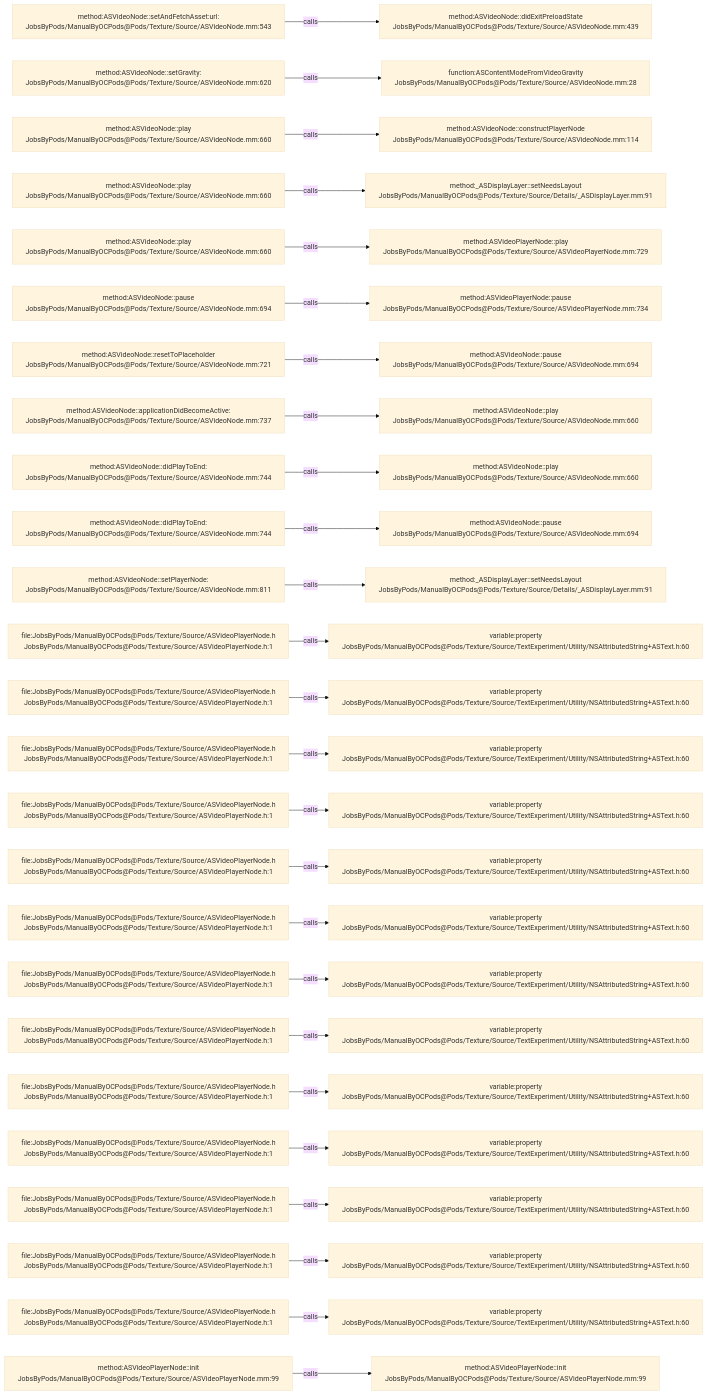
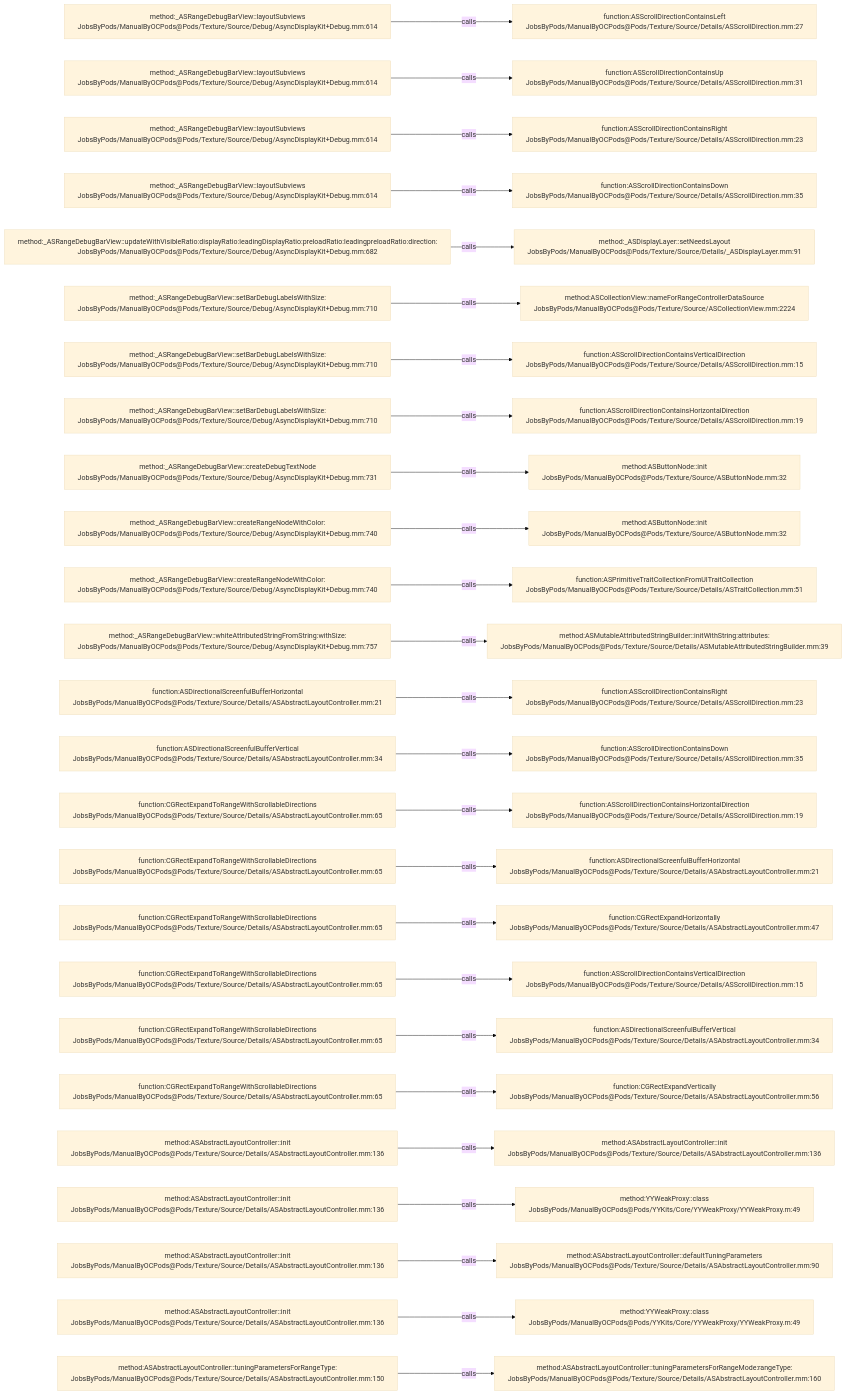
Before and after one commit to JobsKits/JobsOCBaseConfigDemo: the diagram in .codegraph/codegraph.md/graphs/calls-142.md, drawn with Mermaid (base theme). The commit also changed 1448 other files, not shown here.

````diff
--- a/.codegraph/codegraph.md/graphs/calls-142.md
+++ b/.codegraph/codegraph.md/graphs/calls-142.md
@@ -13,78 +13,78 @@
 ```mermaid
 flowchart LR
-  S1["method:ASVideoNode::setAndFetchAsset:url:<br/>JobsByPods/ManualByOCPods@Pods/Texture/Source/ASVideoNode.mm:543"]
-  T1["method:ASVideoNode::didExitPreloadState<br/>JobsByPods/ManualByOCPods@Pods/Texture/Source/ASVideoNode.mm:439"]
+  S1["method:_ASRangeDebugBarView::layoutSubviews<br/>JobsByPods/ManualByOCPods@Pods/Texture/Source/Debug/AsyncDisplayKit+Debug.mm:614"]
+  T1["function:ASScrollDirectionContainsLeft<br/>JobsByPods/ManualByOCPods@Pods/Texture/Source/Details/ASScrollDirection.mm:27"]
   S1 -->|calls| T1
-  S2["method:ASVideoNode::setGravity:<br/>JobsByPods/ManualByOCPods@Pods/Texture/Source/ASVideoNode.mm:620"]
-  T2["function:ASContentModeFromVideoGravity<br/>JobsByPods/ManualByOCPods@Pods/Texture/Source/ASVideoNode.mm:28"]
+  S2["method:_ASRangeDebugBarView::layoutSubviews<br/>JobsByPods/ManualByOCPods@Pods/Texture/Source/Debug/AsyncDisplayKit+Debug.mm:614"]
+  T2["function:ASScrollDirectionContainsUp<br/>JobsByPods/ManualByOCPods@Pods/Texture/Source/Details/ASScrollDirection.mm:31"]
   S2 -->|calls| T2
-  S3["method:ASVideoNode::play<br/>JobsByPods/ManualByOCPods@Pods/Texture/Source/ASVideoNode.mm:660"]
-  T3["method:ASVideoNode::constructPlayerNode<br/>JobsByPods/ManualByOCPods@Pods/Texture/Source/ASVideoNode.mm:114"]
+  S3["method:_ASRangeDebugBarView::layoutSubviews<br/>JobsByPods/ManualByOCPods@Pods/Texture/Source/Debug/AsyncDisplayKit+Debug.mm:614"]
+  T3["function:ASScrollDirectionContainsRight<br/>JobsByPods/ManualByOCPods@Pods/Texture/Source/Details/ASScrollDirection.mm:23"]
   S3 -->|calls| T3
-  S4["method:ASVideoNode::play<br/>JobsByPods/ManualByOCPods@Pods/Texture/Source/ASVideoNode.mm:660"]
-  T4["method:_ASDisplayLayer::setNeedsLayout<br/>JobsByPods/ManualByOCPods@Pods/Texture/Source/Details/_ASDisplayLayer.mm:91"]
+  S4["method:_ASRangeDebugBarView::layoutSubviews<br/>JobsByPods/ManualByOCPods@Pods/Texture/Source/Debug/AsyncDisplayKit+Debug.mm:614"]
+  T4["function:ASScrollDirectionContainsDown<br/>JobsByPods/ManualByOCPods@Pods/Texture/Source/Details/ASScrollDirection.mm:35"]
   S4 -->|calls| T4
-  S5["method:ASVideoNode::play<br/>JobsByPods/ManualByOCPods@Pods/Texture/Source/ASVideoNode.mm:660"]
-  T5["method:ASVideoPlayerNode::play<br/>JobsByPods/ManualByOCPods@Pods/Texture/Source/ASVideoPlayerNode.mm:729"]
+  S5["method:_ASRangeDebugBarView::updateWithVisibleRatio:displayRatio:leadingDisplayRatio:preloadRatio:leadingpreloadRatio:direction:<br/>JobsByPods/ManualByOCPods@Pods/Texture/Source/Debug/AsyncDisplayKit+Debug.mm:682"]
+  T5["method:_ASDisplayLayer::setNeedsLayout<br/>JobsByPods/ManualByOCPods@Pods/Texture/Source/Details/_ASDisplayLayer.mm:91"]
   S5 -->|calls| T5
-  S6["method:ASVideoNode::pause<br/>JobsByPods/ManualByOCPods@Pods/Texture/Source/ASVideoNode.mm:694"]
-  T6["method:ASVideoPlayerNode::pause<br/>JobsByPods/ManualByOCPods@Pods/Texture/Source/ASVideoPlayerNode.mm:734"]
+  S6["method:_ASRangeDebugBarView::setBarDebugLabelsWithSize:<br/>JobsByPods/ManualByOCPods@Pods/Texture/Source/Debug/AsyncDisplayKit+Debug.mm:710"]
+  T6["method:ASCollectionView::nameForRangeControllerDataSource<br/>JobsByPods/ManualByOCPods@Pods/Texture/Source/ASCollectionView.mm:2224"]
   S6 -->|calls| T6
-  S7["method:ASVideoNode::resetToPlaceholder<br/>JobsByPods/ManualByOCPods@Pods/Texture/Source/ASVideoNode.mm:721"]
-  T7["method:ASVideoNode::pause<br/>JobsByPods/ManualByOCPods@Pods/Texture/Source/ASVideoNode.mm:694"]
+  S7["method:_ASRangeDebugBarView::setBarDebugLabelsWithSize:<br/>JobsByPods/ManualByOCPods@Pods/Texture/Source/Debug/AsyncDisplayKit+Debug.mm:710"]
+  T7["function:ASScrollDirectionContainsVerticalDirection<br/>JobsByPods/ManualByOCPods@Pods/Texture/Source/Details/ASScrollDirection.mm:15"]
   S7 -->|calls| T7
-  S8["method:ASVideoNode::applicationDidBecomeActive:<br/>JobsByPods/ManualByOCPods@Pods/Texture/Source/ASVideoNode.mm:737"]
-  T8["method:ASVideoNode::play<br/>JobsByPods/ManualByOCPods@Pods/Texture/Source/ASVideoNode.mm:660"]
+  S8["method:_ASRangeDebugBarView::setBarDebugLabelsWithSize:<br/>JobsByPods/ManualByOCPods@Pods/Texture/Source/Debug/AsyncDisplayKit+Debug.mm:710"]
+  T8["function:ASScrollDirectionContainsHorizontalDirection<br/>JobsByPods/ManualByOCPods@Pods/Texture/Source/Details/ASScrollDirection.mm:19"]
   S8 -->|calls| T8
-  S9["method:ASVideoNode::didPlayToEnd:<br/>JobsByPods/ManualByOCPods@Pods/Texture/Source/ASVideoNode.mm:744"]
-  T9["method:ASVideoNode::play<br/>JobsByPods/ManualByOCPods@Pods/Texture/Source/ASVideoNode.mm:660"]
+  S9["method:_ASRangeDebugBarView::createDebugTextNode<br/>JobsByPods/ManualByOCPods@Pods/Texture/Source/Debug/AsyncDisplayKit+Debug.mm:731"]
+  T9["method:ASButtonNode::init<br/>JobsByPods/ManualByOCPods@Pods/Texture/Source/ASButtonNode.mm:32"]
   S9 -->|calls| T9
-  S10["method:ASVideoNode::didPlayToEnd:<br/>JobsByPods/ManualByOCPods@Pods/Texture/Source/ASVideoNode.mm:744"]
-  T10["method:ASVideoNode::pause<br/>JobsByPods/ManualByOCPods@Pods/Texture/Source/ASVideoNode.mm:694"]
+  S10["method:_ASRangeDebugBarView::createRangeNodeWithColor:<br/>JobsByPods/ManualByOCPods@Pods/Texture/Source/Debug/AsyncDisplayKit+Debug.mm:740"]
+  T10["method:ASButtonNode::init<br/>JobsByPods/ManualByOCPods@Pods/Texture/Source/ASButtonNode.mm:32"]
   S10 -->|calls| T10
-  S11["method:ASVideoNode::setPlayerNode:<br/>JobsByPods/ManualByOCPods@Pods/Texture/Source/ASVideoNode.mm:811"]
-  T11["method:_ASDisplayLayer::setNeedsLayout<br/>JobsByPods/ManualByOCPods@Pods/Texture/Source/Details/_ASDisplayLayer.mm:91"]
+  S11["method:_ASRangeDebugBarView::createRangeNodeWithColor:<br/>JobsByPods/ManualByOCPods@Pods/Texture/Source/Debug/AsyncDisplayKit+Debug.mm:740"]
+  T11["function:ASPrimitiveTraitCollectionFromUITraitCollection<br/>JobsByPods/ManualByOCPods@Pods/Texture/Source/Details/ASTraitCollection.mm:51"]
   S11 -->|calls| T11
-  S12["file:JobsByPods/ManualByOCPods@Pods/Texture/Source/ASVideoPlayerNode.h<br/>JobsByPods/ManualByOCPods@Pods/Texture/Source/ASVideoPlayerNode.h:1"]
-  T12["variable:property<br/>JobsByPods/ManualByOCPods@Pods/Texture/Source/TextExperiment/Utility/NSAttributedString+ASText.h:60"]
+  S12["method:_ASRangeDebugBarView::whiteAttributedStringFromString:withSize:<br/>JobsByPods/ManualByOCPods@Pods/Texture/Source/Debug/AsyncDisplayKit+Debug.mm:757"]
+  T12["method:ASMutableAttributedStringBuilder::initWithString:attributes:<br/>JobsByPods/ManualByOCPods@Pods/Texture/Source/Details/ASMutableAttributedStringBuilder.mm:39"]
   S12 -->|calls| T12
-  S13["file:JobsByPods/ManualByOCPods@Pods/Texture/Source/ASVideoPlayerNode.h<br/>JobsByPods/ManualByOCPods@Pods/Texture/Source/ASVideoPlayerNode.h:1"]
-  T13["variable:property<br/>JobsByPods/ManualByOCPods@Pods/Texture/Source/TextExperiment/Utility/NSAttributedString+ASText.h:60"]
+  S13["function:ASDirectionalScreenfulBufferHorizontal<br/>JobsByPods/ManualByOCPods@Pods/Texture/Source/Details/ASAbstractLayoutController.mm:21"]
+  T13["function:ASScrollDirectionContainsRight<br/>JobsByPods/ManualByOCPods@Pods/Texture/Source/Details/ASScrollDirection.mm:23"]
   S13 -->|calls| T13
-  S14["file:JobsByPods/ManualByOCPods@Pods/Texture/Source/ASVideoPlayerNode.h<br/>JobsByPods/ManualByOCPods@Pods/Texture/Source/ASVideoPlayerNode.h:1"]
-  T14["variable:property<br/>JobsByPods/ManualByOCPods@Pods/Texture/Source/TextExperiment/Utility/NSAttributedString+ASText.h:60"]
+  S14["function:ASDirectionalScreenfulBufferVertical<br/>JobsByPods/ManualByOCPods@Pods/Texture/Source/Details/ASAbstractLayoutController.mm:34"]
+  T14["function:ASScrollDirectionContainsDown<br/>JobsByPods/ManualByOCPods@Pods/Texture/Source/Details/ASScrollDirection.mm:35"]
   S14 -->|calls| T14
-  S15["file:JobsByPods/ManualByOCPods@Pods/Texture/Source/ASVideoPlayerNode.h<br/>JobsByPods/ManualByOCPods@Pods/Texture/Source/ASVideoPlayerNode.h:1"]
-  T15["variable:property<br/>JobsByPods/ManualByOCPods@Pods/Texture/Source/TextExperiment/Utility/NSAttributedString+ASText.h:60"]
+  S15["function:CGRectExpandToRangeWithScrollableDirections<br/>JobsByPods/ManualByOCPods@Pods/Texture/Source/Details/ASAbstractLayoutController.mm:65"]
+  T15["function:ASScrollDirectionContainsHorizontalDirection<br/>JobsByPods/ManualByOCPods@Pods/Texture/Source/Details/ASScrollDirection.mm:19"]
   S15 -->|calls| T15
-  S16["file:JobsByPods/ManualByOCPods@Pods/Texture/Source/ASVideoPlayerNode.h<br/>JobsByPods/ManualByOCPods@Pods/Texture/Source/ASVideoPlayerNode.h:1"]
-  T16["variable:property<br/>JobsByPods/ManualByOCPods@Pods/Texture/Source/TextExperiment/Utility/NSAttributedString+ASText.h:60"]
+  S16["function:CGRectExpandToRangeWithScrollableDirections<br/>JobsByPods/ManualByOCPods@Pods/Texture/Source/Details/ASAbstractLayoutController.mm:65"]
+  T16["function:ASDirectionalScreenfulBufferHorizontal<br/>JobsByPods/ManualByOCPods@Pods/Texture/Source/Details/ASAbstractLayoutController.mm:21"]
   S16 -->|calls| T16
-  S17["file:JobsByPods/ManualByOCPods@Pods/Texture/Source/ASVideoPlayerNode.h<br/>JobsByPods/ManualByOCPods@Pods/Texture/Source/ASVideoPlayerNode.h:1"]
-  T17["variable:property<br/>JobsByPods/ManualByOCPods@Pods/Texture/Source/TextExperiment/Utility/NSAttributedString+ASText.h:60"]
+  S17["function:CGRectExpandToRangeWithScrollableDirections<br/>JobsByPods/ManualByOCPods@Pods/Texture/Source/Details/ASAbstractLayoutController.mm:65"]
+  T17["function:CGRectExpandHorizontally<br/>JobsByPods/ManualByOCPods@Pods/Texture/Source/Details/ASAbstractLayoutController.mm:47"]
   S17 -->|calls| T17
-  S18["file:JobsByPods/ManualByOCPods@Pods/Texture/Source/ASVideoPlayerNode.h<br/>JobsByPods/ManualByOCPods@Pods/Texture/Source/ASVideoPlayerNode.h:1"]
-  T18["variable:property<br/>JobsByPods/ManualByOCPods@Pods/Texture/Source/TextExperiment/Utility/NSAttributedString+ASText.h:60"]
+  S18["function:CGRectExpandToRangeWithScrollableDirections<br/>JobsByPods/ManualByOCPods@Pods/Texture/Source/Details/ASAbstractLayoutController.mm:65"]
+  T18["function:ASScrollDirectionContainsVerticalDirection<br/>JobsByPods/ManualByOCPods@Pods/Texture/Source/Details/ASScrollDirection.mm:15"]
   S18 -->|calls| T18
-  S19["file:JobsByPods/ManualByOCPods@Pods/Texture/Source/ASVideoPlayerNode.h<br/>JobsByPods/ManualByOCPods@Pods/Texture/Source/ASVideoPlayerNode.h:1"]
-  T19["variable:property<br/>JobsByPods/ManualByOCPods@Pods/Texture/Source/TextExperiment/Utility/NSAttributedString+ASText.h:60"]
+  S19["function:CGRectExpandToRangeWithScrollableDirections<br/>JobsByPods/ManualByOCPods@Pods/Texture/Source/Details/ASAbstractLayoutController.mm:65"]
+  T19["function:ASDirectionalScreenfulBufferVertical<br/>JobsByPods/ManualByOCPods@Pods/Texture/Source/Details/ASAbstractLayoutController.mm:34"]
   S19 -->|calls| T19
-  S20["file:JobsByPods/ManualByOCPods@Pods/Texture/Source/ASVideoPlayerNode.h<br/>JobsByPods/ManualByOCPods@Pods/Texture/Source/ASVideoPlayerNode.h:1"]
-  T20["variable:property<br/>JobsByPods/ManualByOCPods@Pods/Texture/Source/TextExperiment/Utility/NSAttributedString+ASText.h:60"]
+  S20["function:CGRectExpandToRangeWithScrollableDirections<br/>JobsByPods/ManualByOCPods@Pods/Texture/Source/Details/ASAbstractLayoutController.mm:65"]
+  T20["function:CGRectExpandVertically<br/>JobsByPods/ManualByOCPods@Pods/Texture/Source/Details/ASAbstractLayoutController.mm:56"]
   S20 -->|calls| T20
-  S21["file:JobsByPods/ManualByOCPods@Pods/Texture/Source/ASVideoPlayerNode.h<br/>JobsByPods/ManualByOCPods@Pods/Texture/Source/ASVideoPlayerNode.h:1"]
-  T21["variable:property<br/>JobsByPods/ManualByOCPods@Pods/Texture/Source/TextExperiment/Utility/NSAttributedString+ASText.h:60"]
+  S21["method:ASAbstractLayoutController::init<br/>JobsByPods/ManualByOCPods@Pods/Texture/Source/Details/ASAbstractLayoutController.mm:136"]
+  T21["method:ASAbstractLayoutController::init<br/>JobsByPods/ManualByOCPods@Pods/Texture/Source/Details/ASAbstractLayoutController.mm:136"]
   S21 -->|calls| T21
-  S22["file:JobsByPods/ManualByOCPods@Pods/Texture/Source/ASVideoPlayerNode.h<br/>JobsByPods/ManualByOCPods@Pods/Texture/Source/ASVideoPlayerNode.h:1"]
-  T22["variable:property<br/>JobsByPods/ManualByOCPods@Pods/Texture/Source/TextExperiment/Utility/NSAttributedString+ASText.h:60"]
+  S22["method:ASAbstractLayoutController::init<br/>JobsByPods/ManualByOCPods@Pods/Texture/Source/Details/ASAbstractLayoutController.mm:136"]
+  T22["method:YYWeakProxy::class<br/>JobsByPods/ManualByOCPods@Pods/YYKits/Core/YYWeakProxy/YYWeakProxy.m:49"]
   S22 -->|calls| T22
-  S23["file:JobsByPods/ManualByOCPods@Pods/Texture/Source/ASVideoPlayerNode.h<br/>JobsByPods/ManualByOCPods@Pods/Texture/Source/ASVideoPlayerNode.h:1"]
-  T23["variable:property<br/>JobsByPods/ManualByOCPods@Pods/Texture/Source/TextExperiment/Utility/NSAttributedString+ASText.h:60"]
+  S23["method:ASAbstractLayoutController::init<br/>JobsByPods/ManualByOCPods@Pods/Texture/Source/Details/ASAbstractLayoutController.mm:136"]
+  T23["method:ASAbstractLayoutController::defaultTuningParameters<br/>JobsByPods/ManualByOCPods@Pods/Texture/Source/Details/ASAbstractLayoutController.mm:90"]
   S23 -->|calls| T23
-  S24["file:JobsByPods/ManualByOCPods@Pods/Texture/Source/ASVideoPlayerNode.h<br/>JobsByPods/ManualByOCPods@Pods/Texture/Source/ASVideoPlayerNode.h:1"]
-  T24["variable:property<br/>JobsByPods/ManualByOCPods@Pods/Texture/Source/TextExperiment/Utility/NSAttributedString+ASText.h:60"]
+  S24["method:ASAbstractLayoutController::init<br/>JobsByPods/ManualByOCPods@Pods/Texture/Source/Details/ASAbstractLayoutController.mm:136"]
+  T24["method:YYWeakProxy::class<br/>JobsByPods/ManualByOCPods@Pods/YYKits/Core/YYWeakProxy/YYWeakProxy.m:49"]
   S24 -->|calls| T24
-  S25["method:ASVideoPlayerNode::init<br/>JobsByPods/ManualByOCPods@Pods/Texture/Source/ASVideoPlayerNode.mm:99"]
-  T25["method:ASVideoPlayerNode::init<br/>JobsByPods/ManualByOCPods@Pods/Texture/Source/ASVideoPlayerNode.mm:99"]
+  S25["method:ASAbstractLayoutController::tuningParametersForRangeType:<br/>JobsByPods/ManualByOCPods@Pods/Texture/Source/Details/ASAbstractLayoutController.mm:150"]
+  T25["method:ASAbstractLayoutController::tuningParametersForRangeMode:rangeType:<br/>JobsByPods/ManualByOCPods@Pods/Texture/Source/Details/ASAbstractLayoutController.mm:160"]
   S25 -->|calls| T25
 ```
````
